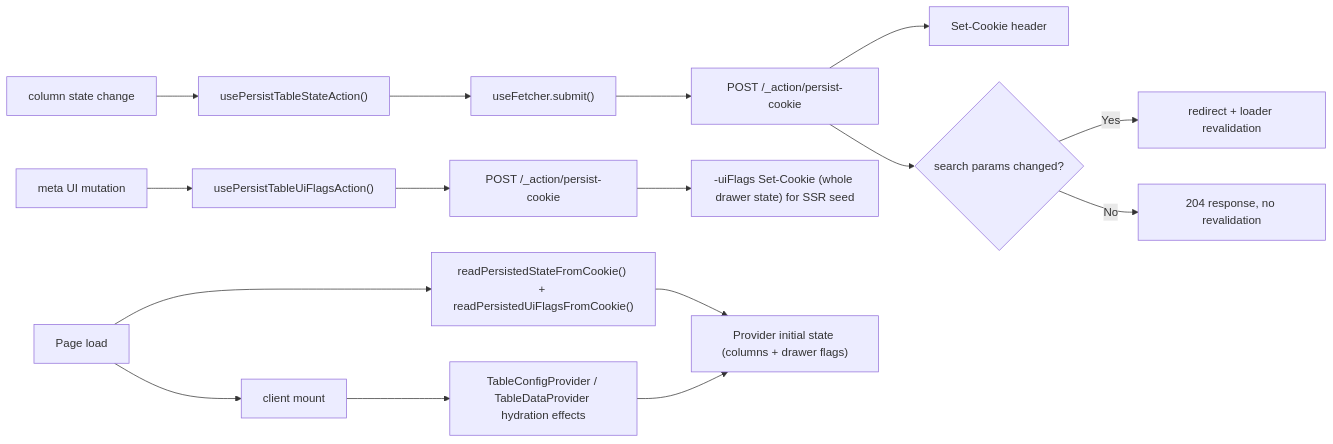
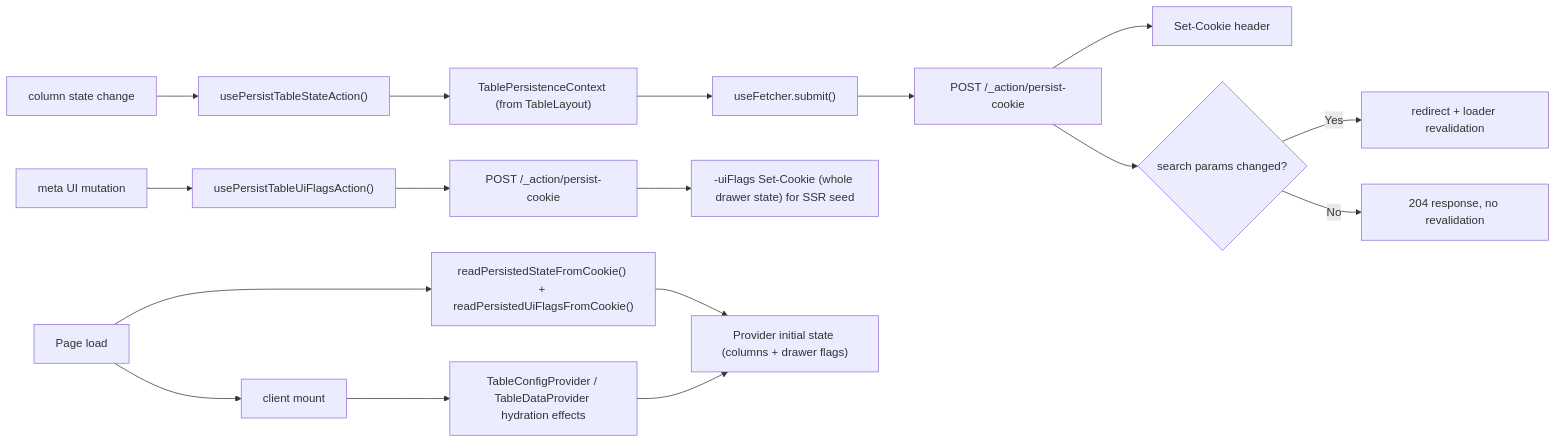
Before and after one commit to luciocabrera/lcabrera-stack: the fourth of 4 diagrams in packages/ui/src/components/Table/ARCHITECTURE.md, drawn with Mermaid. The commit also changed other lines of this file and 85 other files, not shown here.

````diff
--- a/packages/ui/src/components/Table/ARCHITECTURE.md
+++ b/packages/ui/src/components/Table/ARCHITECTURE.md
@@ -606,20 +652,21 @@
 ```mermaid
 graph LR
   ColumnChange["column state change"] --> ColumnAction["usePersistTableStateAction()"]
-  ColumnAction --> Fetcher["useFetcher.submit()"]
+  ColumnAction --> Context["TablePersistenceContext (from TableLayout)"]
+  Context --> Fetcher["useFetcher.submit()"]
   Fetcher --> Route["POST /_action/persist-cookie"]
   Route --> Cookie["Set-Cookie header"]
   Route --> Decision{"search params changed?"}
   Decision -->|Yes| Revalidate["redirect + loader revalidation"]
   Decision -->|No| Stable["204 response, no revalidation"]
 
   MetaChange["meta UI mutation"] --> MetaAction["usePersistTableUiFlagsAction()"]
   MetaAction --> MetaRoute["POST /_action/persist-cookie"]
   MetaRoute --> MetaFlagsCookie["-uiFlags Set-Cookie (whole drawer state) for SSR seed"]
 
   Load["Page load"] --> CookieRead["readPersistedStateFromCookie() + readPersistedUiFlagsFromCookie()"]
   CookieRead --> Init["Provider initial state (columns + drawer flags)"]
   Load --> Mount["client mount"]
   Mount --> Hydrate["TableConfigProvider / TableDataProvider hydration effects"]
   Hydrate --> Init
 ```
````
